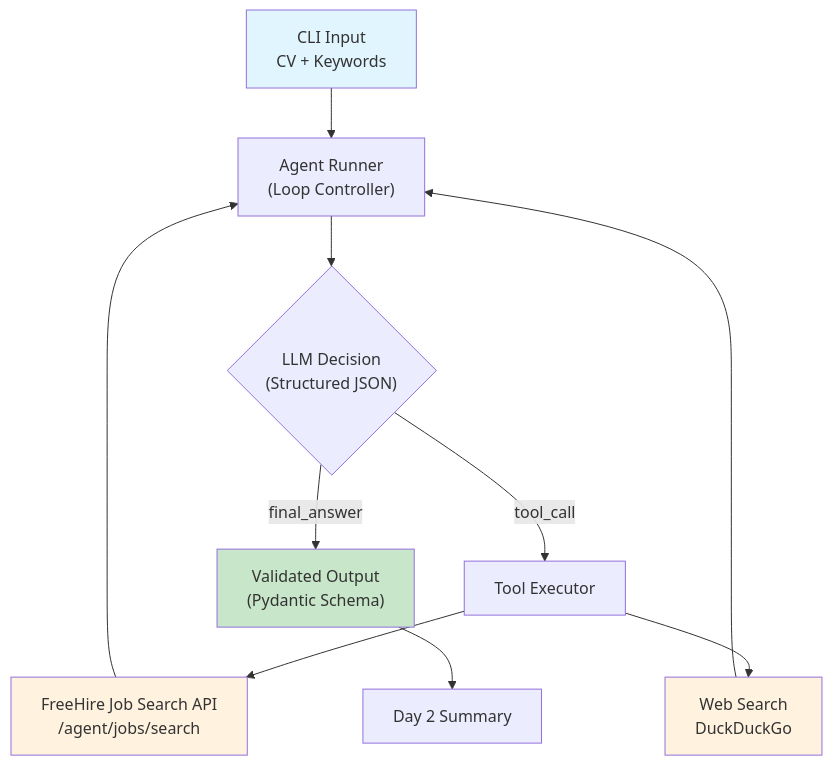
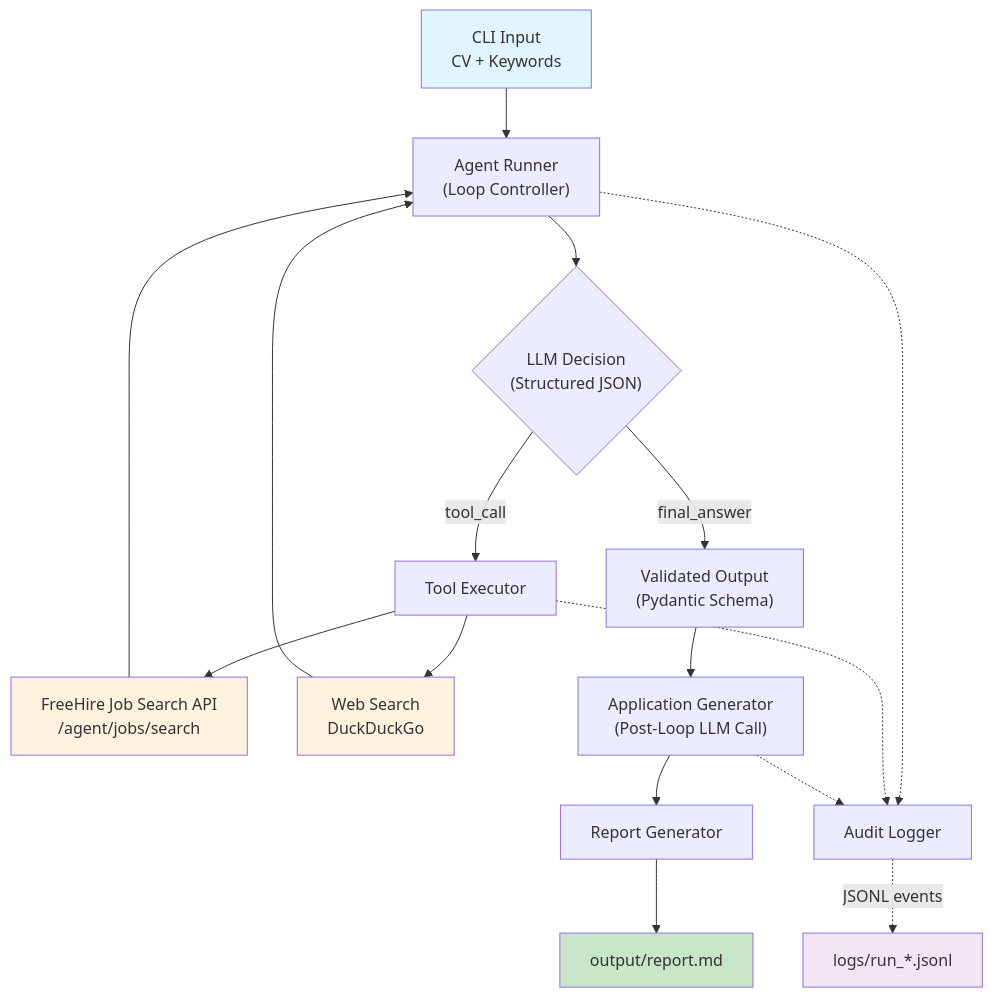
The diagram in README.md (mateador/job-hunter-agent), drawn with Mermaid before and after one commit. The commit also changed other lines of this file and 4 other files, not shown here.

First line of the commit message:
Day 7: Week 1 complete — observable agentic job research and application workflow

````diff
--- a/README.md
+++ b/README.md
@@ -27,17 +27,25 @@
 ```mermaid
 graph TD
     A["CLI Input<br/>CV + Keywords"] --> B["Agent Runner<br/>(Loop Controller)"]
     B --> C{"LLM Decision<br/>(Structured JSON)"}
     C -->|"tool_call"| D["Tool Executor"]
     C -->|"final_answer"| E["Validated Output<br/>(Pydantic Schema)"]
     D --> F["FreeHire Job Search API<br/>/agent/jobs/search"]
     D --> G["Web Search<br/>DuckDuckGo"]
     F --> B
     G --> B
-    E --> H["Day 2 Summary"]
+    E --> H["Application Generator<br/>(Post-Loop LLM Call)"]
+    H --> I["Report Generator"]
+    I --> J["output/report.md"]
+
+    K["Audit Logger"] -.->|"JSONL events"| L["logs/run_*.jsonl"]
+    B -.-> K
+    D -.-> K
+    H -.-> K
 
     style A fill:#e1f5fe
-    style E fill:#c8e6c9
+    style J fill:#c8e6c9
     style F fill:#fff3e0
     style G fill:#fff3e0
+    style L fill:#f3e5f5
 ```
````
